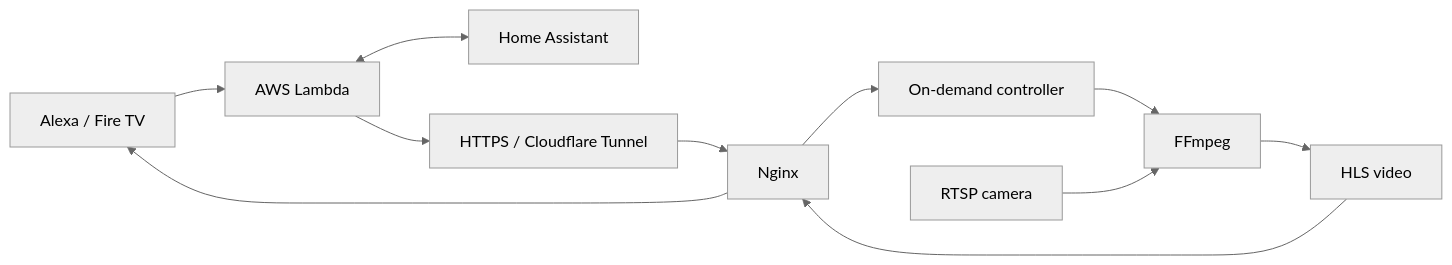
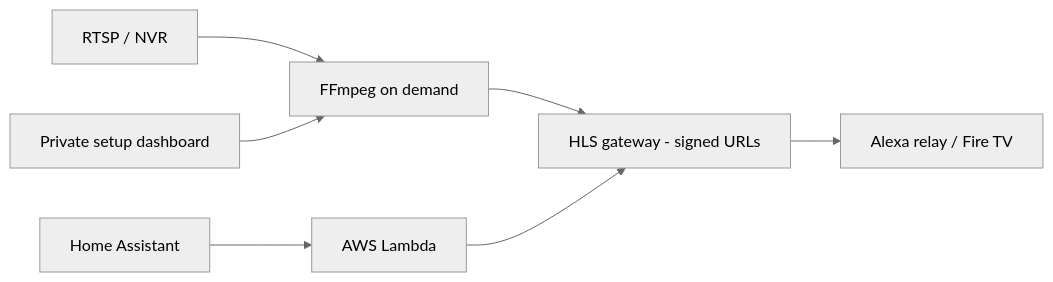
Before and after one commit to RenanEspinar/Alexa-RTSP-Bridge: the diagram in README.md, drawn with Mermaid (neutral theme). The commit also changed other lines of this file and 60 other files, not shown here.

````diff
--- a/README.md
+++ b/README.md
@@ -27,13 +51,9 @@
 ```mermaid
 flowchart LR
-    A["Alexa / Fire TV"] --> B["AWS Lambda"]
-    B <--> C["Home Assistant"]
-    B --> D["HTTPS / Cloudflare Tunnel"]
-    D --> E["Nginx"]
-    E --> F["On-demand controller"]
-    F --> G["FFmpeg"]
-    H["RTSP camera"] --> G
-    G --> I["HLS video"]
-    I --> E
-    E --> A
+ A[RTSP / NVR] --> B[FFmpeg on demand]
+ B --> C[HLS gateway - signed URLs]
+ C --> D[Alexa relay / Fire TV]
+ E[Home Assistant] --> F[AWS Lambda]
+ F --> C
+ G[Private setup dashboard] --> B
 ```
````
